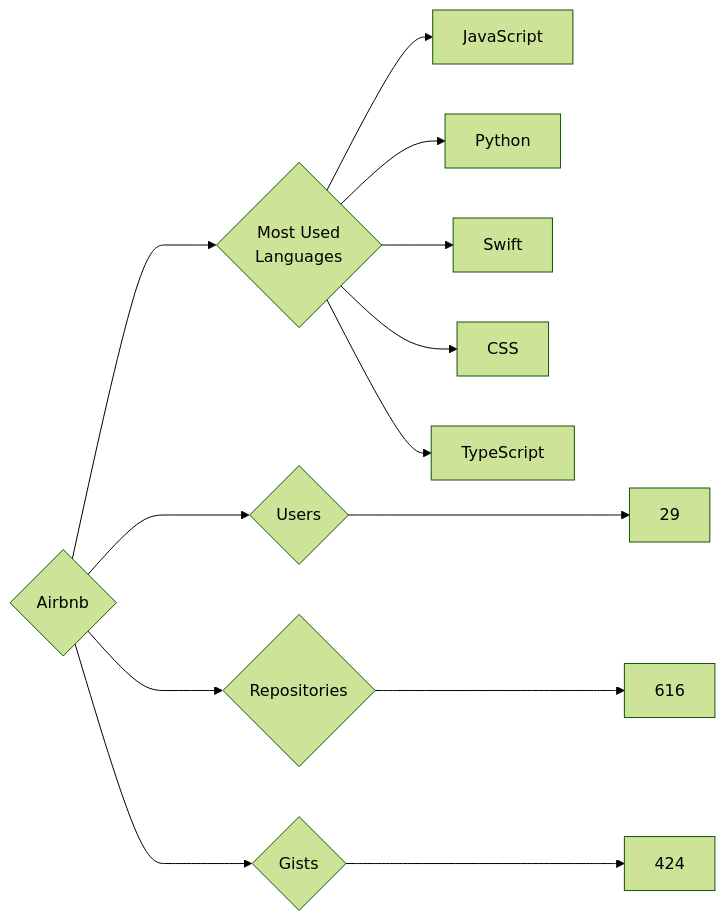
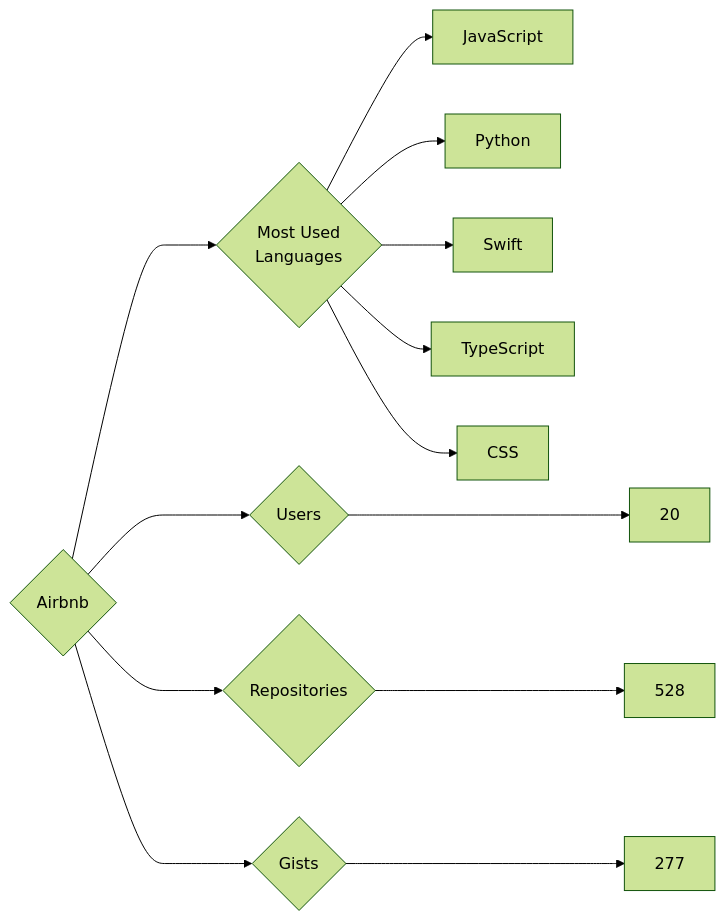
One commit to trickest/insiders changed the diagram in targets/Airbnb/README.md. Above: the diagram before and after it, drawn with Mermaid (forest theme). The commit also changed 681 other files, not shown here.

````diff
--- a/targets/Airbnb/README.md
+++ b/targets/Airbnb/README.md
@@ -3,13 +3,13 @@
 ```mermaid
 graph LR
 COMPANY_NAME{Airbnb}
-COMPANY_NAME ---> U{Users} ---> UN[29]
-COMPANY_NAME ---> R{Repositories} ---> RN[616]
-COMPANY_NAME ---> G{Gists} ---> GN[424]
+COMPANY_NAME ---> U{Users} ---> UN[20]
+COMPANY_NAME ---> R{Repositories} ---> RN[528]
+COMPANY_NAME ---> G{Gists} ---> GN[277]
 COMPANY_NAME ---> ML{Most Used<br>Languages}
 ML --> JavaScript[JavaScript]
 ML --> Python[Python]
 ML --> Swift[Swift]
+ML --> TypeScript[TypeScript]
 ML --> CSS[CSS]
-ML --> TypeScript[TypeScript]
 ```
````
